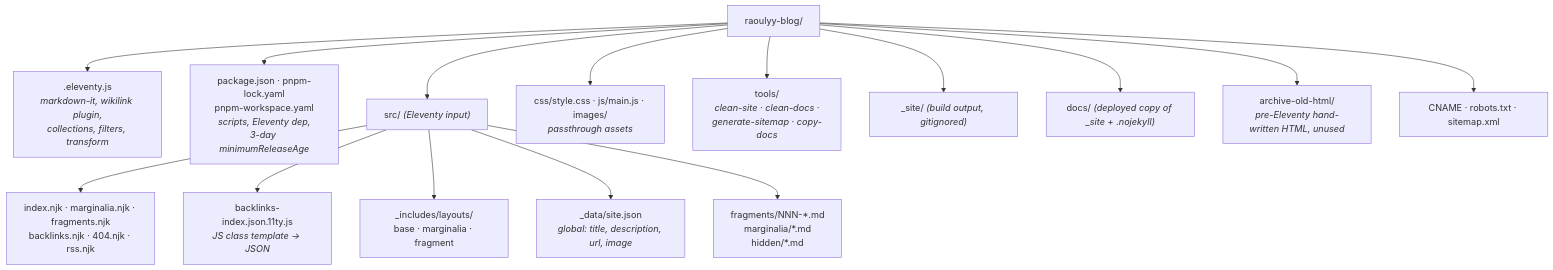
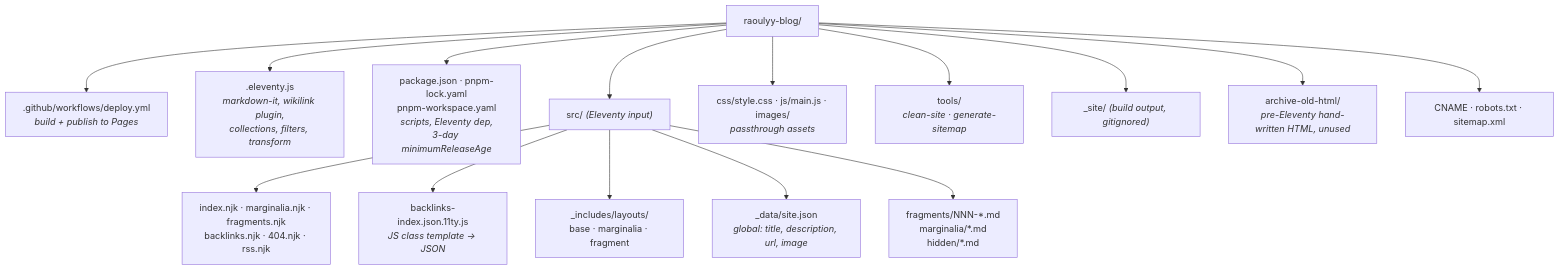
The second of 9 diagrams in ARCHITECTURE.md (raoul-g/raoulyy-blog), drawn with Mermaid before and after one commit. The commit also changed other lines of this file and 42 other files, not shown here.

````diff
--- a/ARCHITECTURE.md
+++ b/ARCHITECTURE.md
@@ -59,20 +55,20 @@
 ```mermaid
 flowchart TB
     ROOT["raoulyy-blog/"]
 
+    ROOT --> WF[".github/workflows/deploy.yml<br/><i>build + publish to Pages</i>"]
     ROOT --> CFG[".eleventy.js<br/><i>markdown-it, wikilink plugin,<br/>collections, filters, transform</i>"]
     ROOT --> PKG["package.json · pnpm-lock.yaml<br/>pnpm-workspace.yaml<br/><i>scripts, Eleventy dep,<br/>3-day minimumReleaseAge</i>"]
     ROOT --> SRC["src/ <i>(Eleventy input)</i>"]
     ROOT --> ASSETS["css/style.css · js/main.js · images/<br/><i>passthrough assets</i>"]
-    ROOT --> TOOLS["tools/<br/><i>clean-site · clean-docs ·<br/>generate-sitemap · copy-docs</i>"]
+    ROOT --> TOOLS["tools/<br/><i>clean-site · generate-sitemap</i>"]
     ROOT --> OUT["_site/ <i>(build output, gitignored)</i>"]
-    ROOT --> DOCS["docs/ <i>(deployed copy of _site + .nojekyll)</i>"]
     ROOT --> ARCH["archive-old-html/<br/><i>pre-Eleventy hand-written HTML, unused</i>"]
     ROOT --> MISC["CNAME · robots.txt · sitemap.xml"]
 
     SRC --> PAGES_["index.njk · marginalia.njk · fragments.njk<br/>backlinks.njk · 404.njk · rss.njk"]
     SRC --> JSONT["backlinks-index.json.11ty.js<br/><i>JS class template → JSON</i>"]
     SRC --> LAYOUTS["_includes/layouts/<br/>base · marginalia · fragment"]
     SRC --> DATA["_data/site.json<br/><i>global: title, description, url, image</i>"]
     SRC --> CONTENT["fragments/NNN-*.md<br/>marginalia/*.md<br/>hidden/*.md"]
 ```
````
